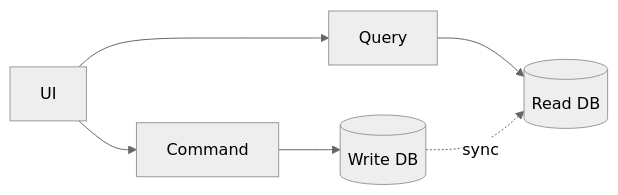
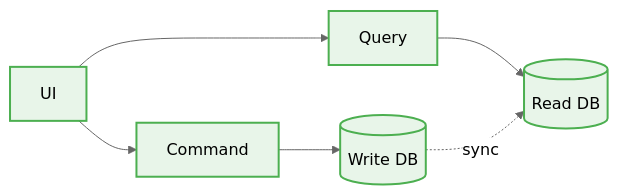
One commit to beginwebdev2002/best-practise changed the tenth of 10 diagrams in architectures/readme.md. Above: the diagram before and after it, drawn with Mermaid (neutral theme). The commit also changed other lines of this file and 20 other files, not shown here.

First line of the commit message:
docs: update mermaid diagrams with UI/UX design tokens styling

````diff
--- a/architectures/readme.md
+++ b/architectures/readme.md
@@ -329,8 +424,19 @@
 ```mermaid
 graph LR
     UI --> Command[Command]
     Command --> WriteDB[(Write DB)]
     UI --> Query[Query]
     Query --> ReadDB[(Read DB)]
     WriteDB -. sync .-> ReadDB
+    %% Added Design Token Styles for Mermaid Diagrams
+    classDef default fill:#e1f5fe,stroke:#03a9f4,stroke-width:2px,color:#000;
+    classDef component fill:#e8f5e9,stroke:#4caf50,stroke-width:2px,color:#000;
+    classDef layout fill:#f3e5f5,stroke:#9c27b0,stroke-width:2px,color:#000;
+
+    class WriteDB component;
+    class Query component;
+    class ReadDB component;
+    class Command component;
+    class UI component;
+
 ```
````
